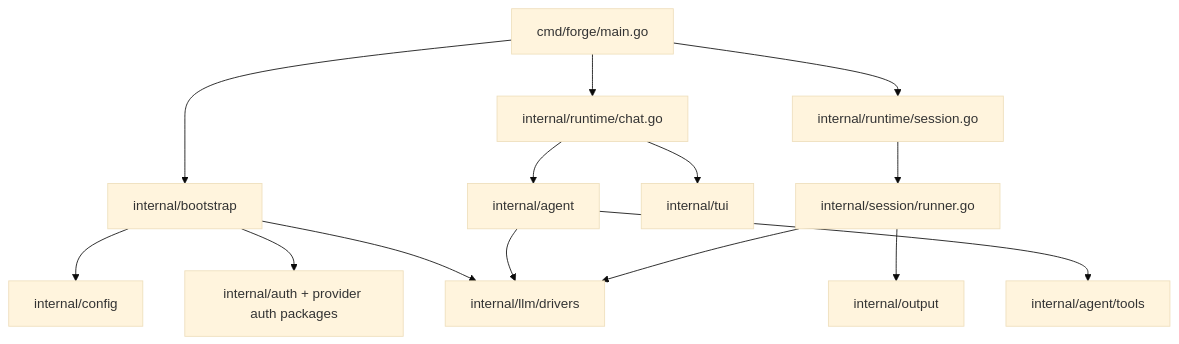
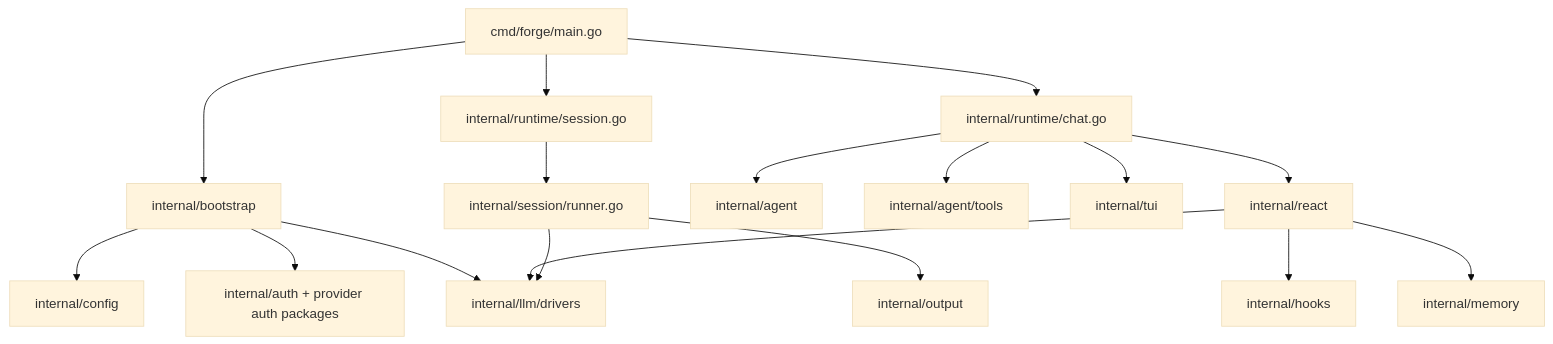
The first of 2 diagrams in ARCHITECTURE.md (Cass67/forge), drawn with Mermaid (base theme) before and after one commit. The commit also changed other lines of this file and 2 other files, not shown here.

Commit message:
docs: refresh runtime architecture docs

````diff
--- a/ARCHITECTURE.md
+++ b/ARCHITECTURE.md
@@ -7,19 +7,22 @@
 ```mermaid
 flowchart TD
     CLI["cmd/forge/main.go"] --> Bootstrap["internal/bootstrap"]
     CLI --> RuntimeSession["internal/runtime/session.go"]
     CLI --> RuntimeChat["internal/runtime/chat.go"]
 
     Bootstrap --> Config["internal/config"]
     Bootstrap --> Auth["internal/auth + provider auth packages"]
     Bootstrap --> Drivers["internal/llm/drivers"]
 
+    RuntimeChat --> React["internal/react"]
+    React --> Hooks["internal/hooks"]
+    React --> Memory["internal/memory"]
     RuntimeChat --> Agent["internal/agent"]
+    RuntimeChat --> Tools["internal/agent/tools"]
     RuntimeChat --> TUI["internal/tui"]
-    Agent --> Tools["internal/agent/tools"]
-    Agent --> Drivers
+    React --> Drivers
 
     RuntimeSession --> SessionRunner["internal/session/runner.go"]
     SessionRunner --> Drivers
     SessionRunner --> Output["internal/output"]
 ```
````
